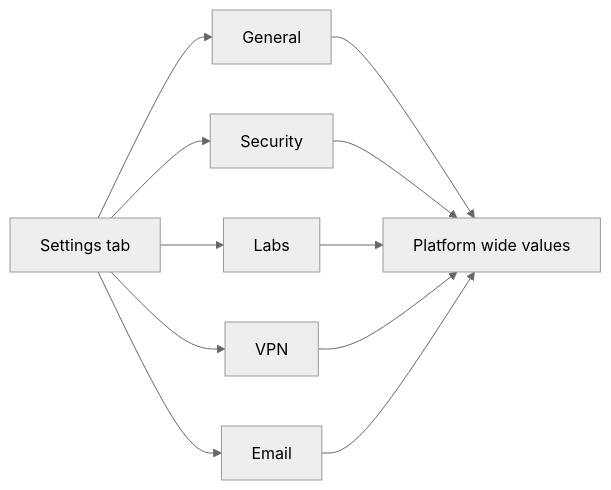
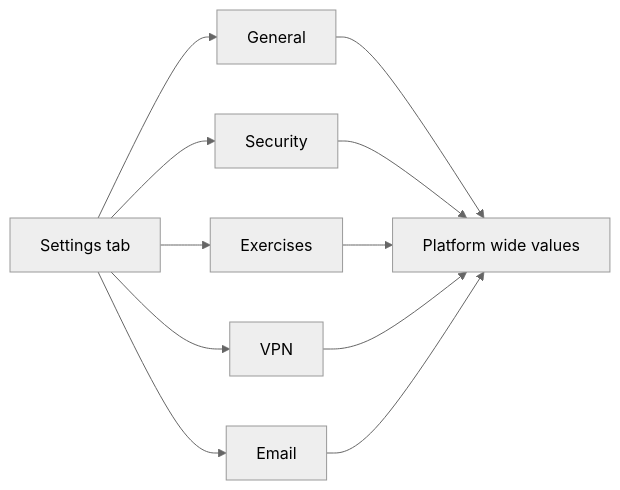
The diagram in Manual-Lite/04_Admin_Guide/20_Platform_Settings.md (RobChaykoski/opencyberrange), drawn with Mermaid (neutral theme) before and after one commit. The commit also changed other lines of this file and 12 other files, not shown here.

````diff
--- a/Manual-Lite/04_Admin_Guide/20_Platform_Settings.md
+++ b/Manual-Lite/04_Admin_Guide/20_Platform_Settings.md
@@ -15,13 +15,13 @@
 ```mermaid
 flowchart LR
   S[Settings tab] --> G[General]
   S --> SE[Security]
-  S --> L[Labs]
+  S --> L[Exercises]
   S --> V[VPN]
   S --> E[Email]
   G --> A[Platform wide values]
   SE --> A
   L --> A
   V --> A
   E --> A
 ```
````
